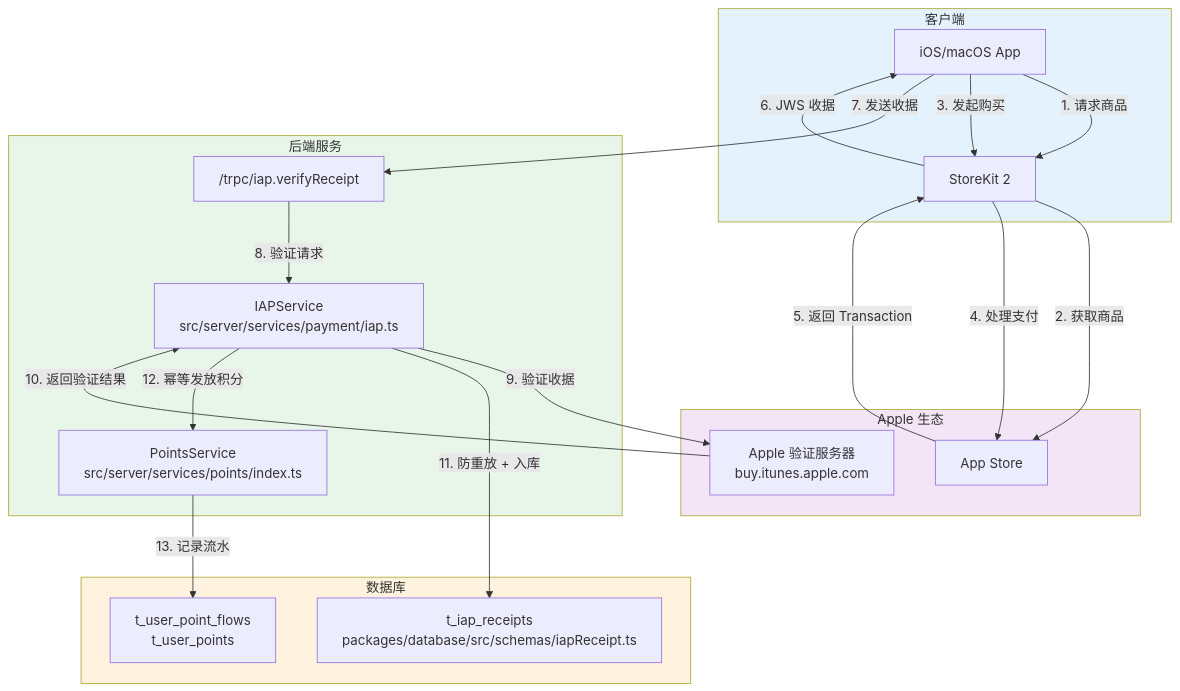
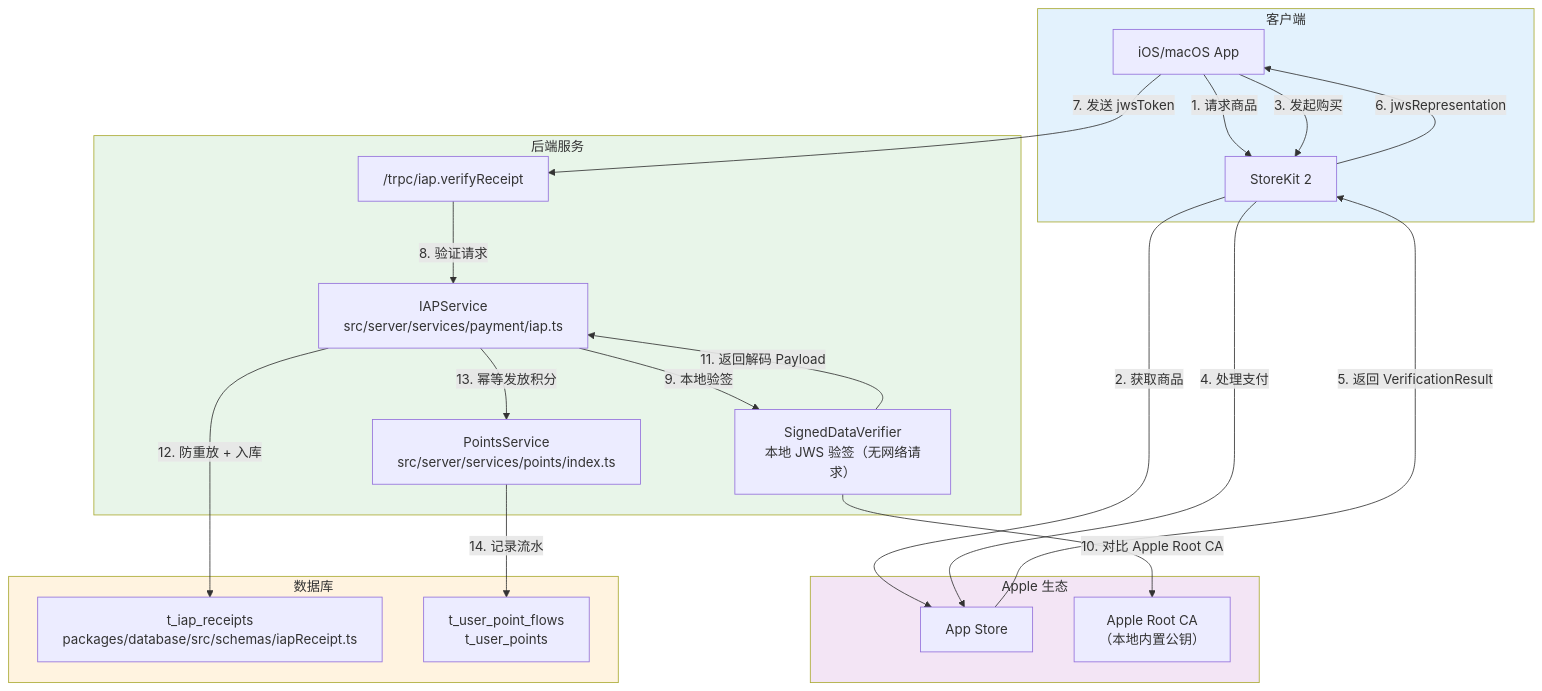
Before and after one commit to RudolphHuang/openclaw_doc: the first of 2 diagrams in api/payment/app-pay-iap.md, drawn with Mermaid. The commit also changed other lines of this file, not shown here.

````diff
--- a/api/payment/app-pay-iap.md
+++ b/api/payment/app-pay-iap.md
@@ -9,42 +11,44 @@
 ```mermaid
 flowchart TB
     subgraph Client["客户端"]
         iOSApp["iOS/macOS App"]
         StoreKit2["StoreKit 2"]
     end
 
     subgraph Apple["Apple 生态"]
         AppStore["App Store"]
-        AppleServer["Apple 验证服务器\nbuy.itunes.apple.com"]
+        AppleRootCA["Apple Root CA\n（本地内置公钥）"]
     end
 
     subgraph Backend["后端服务"]
         IAPAPI["/trpc/iap.verifyReceipt"]
+        JWSVerifier["SignedDataVerifier\n本地 JWS 验签（无网络请求）"]
         IAPService["IAPService\nsrc/server/services/payment/iap.ts"]
         PointsService["PointsService\nsrc/server/services/points/index.ts"]
     end
 
     subgraph Database["数据库"]
         IAPTable["t_iap_receipts\npackages/database/src/schemas/iapReceipt.ts"]
         PointsTable["t_user_point_flows\nt_user_points"]
     end
 
     iOSApp -->|1. 请求商品| StoreKit2
     StoreKit2 -->|2. 获取商品| AppStore
     iOSApp -->|3. 发起购买| StoreKit2
     StoreKit2 -->|4. 处理支付| AppStore
-    AppStore -->|5. 返回 Transaction| StoreKit2
-    StoreKit2 -->|6. JWS 收据| iOSApp
-    iOSApp -->|7. 发送收据| IAPAPI
+    AppStore -->|5. 返回 VerificationResult| StoreKit2
+    StoreKit2 -->|6. jwsRepresentation| iOSApp
+    iOSApp -->|7. 发送 jwsToken| IAPAPI
     IAPAPI -->|8. 验证请求| IAPService
-    IAPService -->|9. 验证收据| AppleServer
-    AppleServer -->|10. 返回验证结果| IAPService
-    IAPService -->|11. 防重放 + 入库| IAPTable
-    IAPService -->|12. 幂等发放积分| PointsService
-    PointsService -->|13. 记录流水| PointsTable
+    IAPService -->|9. 本地验签| JWSVerifier
+    JWSVerifier -->|10. 对比 Apple Root CA| AppleRootCA
+    JWSVerifier -->|11. 返回解码 Payload| IAPService
+    IAPService -->|12. 防重放 + 入库| IAPTable
+    IAPService -->|13. 幂等发放积分| PointsService
+    PointsService -->|14. 记录流水| PointsTable
 
     style Client fill:#e3f2fd
     style Apple fill:#f3e5f5
     style Backend fill:#e8f5e9
     style Database fill:#fff3e0
 ```
````
